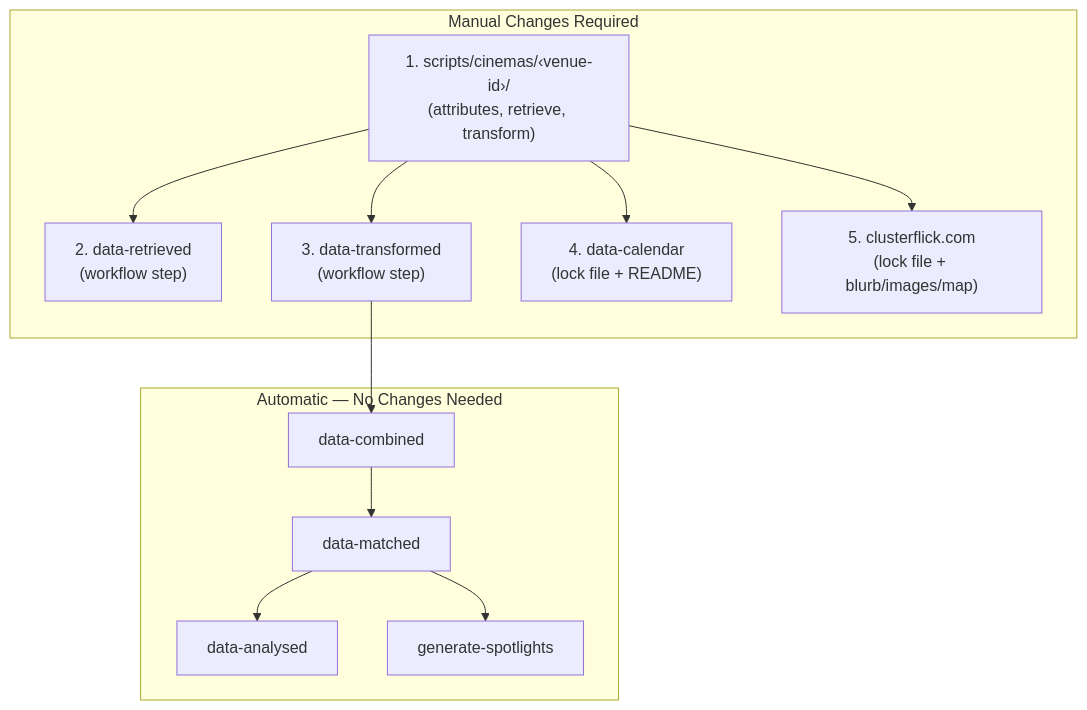
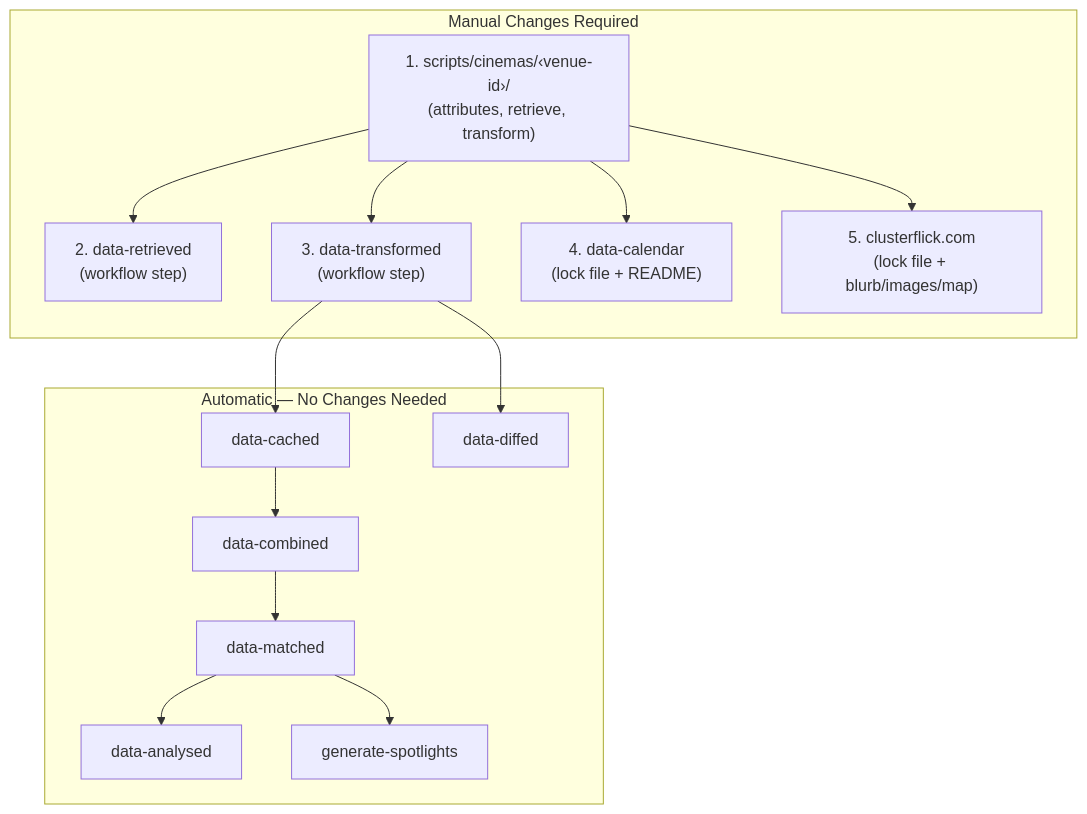
The diagram in docs/adding-a-venue.md (clusterflick/scripts), drawn with Mermaid before and after one commit. The commit also changed 7 other files, not shown here.

````diff
--- a/docs/adding-a-venue.md
+++ b/docs/adding-a-venue.md
@@ -9,24 +9,27 @@
 ```mermaid
 flowchart TD
     subgraph "Manual Changes Required"
         A["1. scripts/cinemas/‹venue-id›/\n(attributes, retrieve, transform)"]
         B["2. data-retrieved\n(workflow step)"]
         C["3. data-transformed\n(workflow step)"]
         D["4. data-calendar\n(lock file + README)"]
         E["5. clusterflick.com\n(lock file + blurb/images/map)"]
     end
 
     subgraph "Automatic — No Changes Needed"
         F[data-combined]
         G[data-matched]
         H[data-analysed]
         I[generate-spotlights]
+        J[data-cached]
+        K[data-diffed]
     end
 
     A --> B
     A --> C
     A --> D
     A --> E
-    C --> F --> G --> H
+    C --> J --> F --> G --> H
+    C --> K
     G --> I
 ```
````
